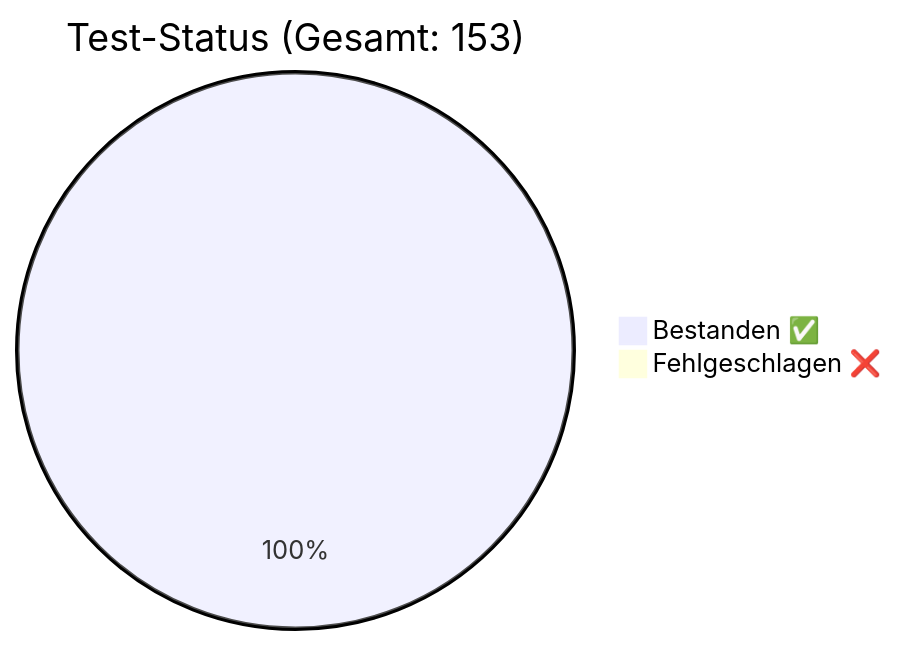
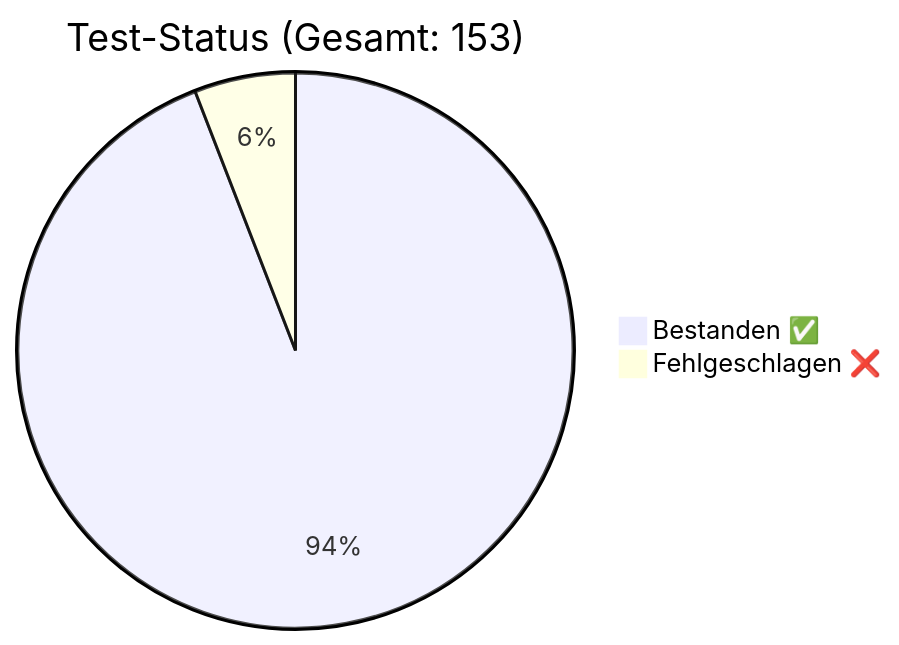
Before and after one commit to rorila/GCS: the diagram in docs/QA_Report.md, drawn with Mermaid. The commit also changed other lines of this file and 16 other files, not shown here.

Commit message:
Refactor: GameRuntime and FlowSyncManager dekontaminiert (God-Objects zerlegt)

````diff
--- a/docs/QA_Report.md
+++ b/docs/QA_Report.md
@@ -7,5 +7,5 @@
 ```mermaid
 pie title Test-Status (Gesamt: 153)
-    "Bestanden ✅" : 153
-    "Fehlgeschlagen ❌" : 0
+    "Bestanden ✅" : 144
+    "Fehlgeschlagen ❌" : 9
 ```
````
